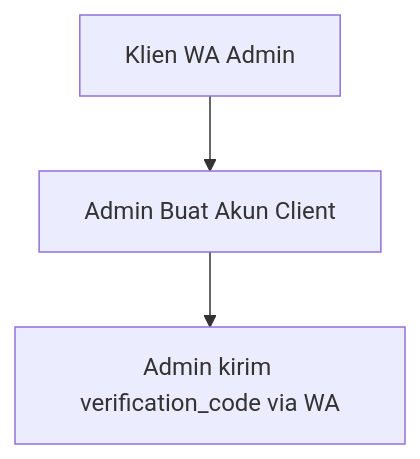
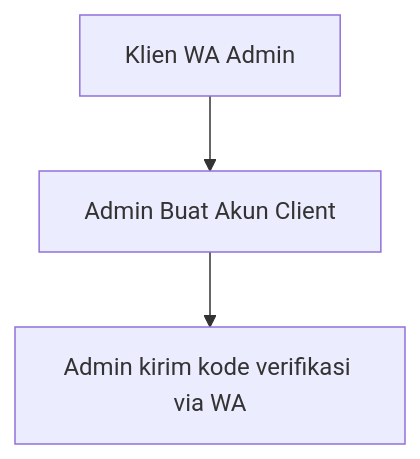
Before and after one commit to sindelarastechnology/Web-AturAtur: the first of 6 diagrams in README.md, drawn with Mermaid. The commit also changed other lines of this file, not shown here.

````diff
--- a/README.md
+++ b/README.md
@@ -77,5 +77,5 @@
 ```mermaid
 flowchart TD
   A[Klien WA Admin] --> B[Admin Buat Akun Client]
-  B --> C[Admin kirim verification_code via WA]
+  B --> C[Admin kirim kode verifikasi via WA]
 ```
````
